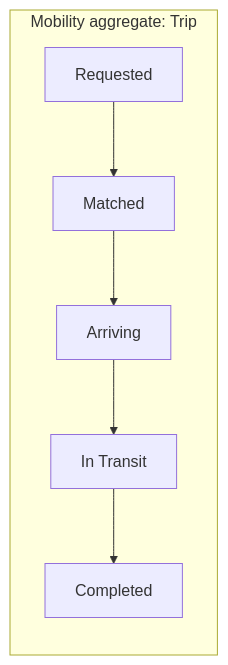
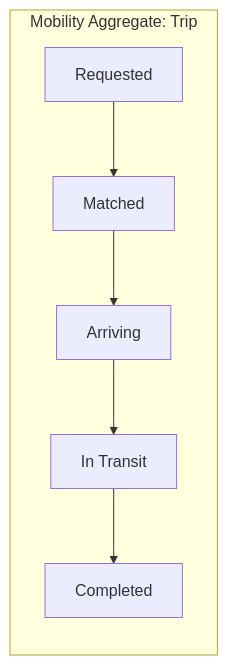
Before and after one commit to mostafiz57/Software-Architecture-Playbook: diagram 13 of 17 in case-studies/mobility-delivery-platform/README.md, drawn with Mermaid. The commit also changed other lines of this file, not shown here.

````diff
--- a/case-studies/mobility-delivery-platform/README.md
+++ b/case-studies/mobility-delivery-platform/README.md
@@ -472,9 +456,9 @@
 ```mermaid
 flowchart LR
-  subgraph Mobility["Mobility aggregate: Trip"]
+  subgraph Mobility["Mobility Aggregate: Trip"]
     T1["Requested"] --> T2["Matched"]
     T2 --> T3["Arriving"]
     T3 --> T4["In Transit"]
     T4 --> T5["Completed"]
   end
 ```
````
